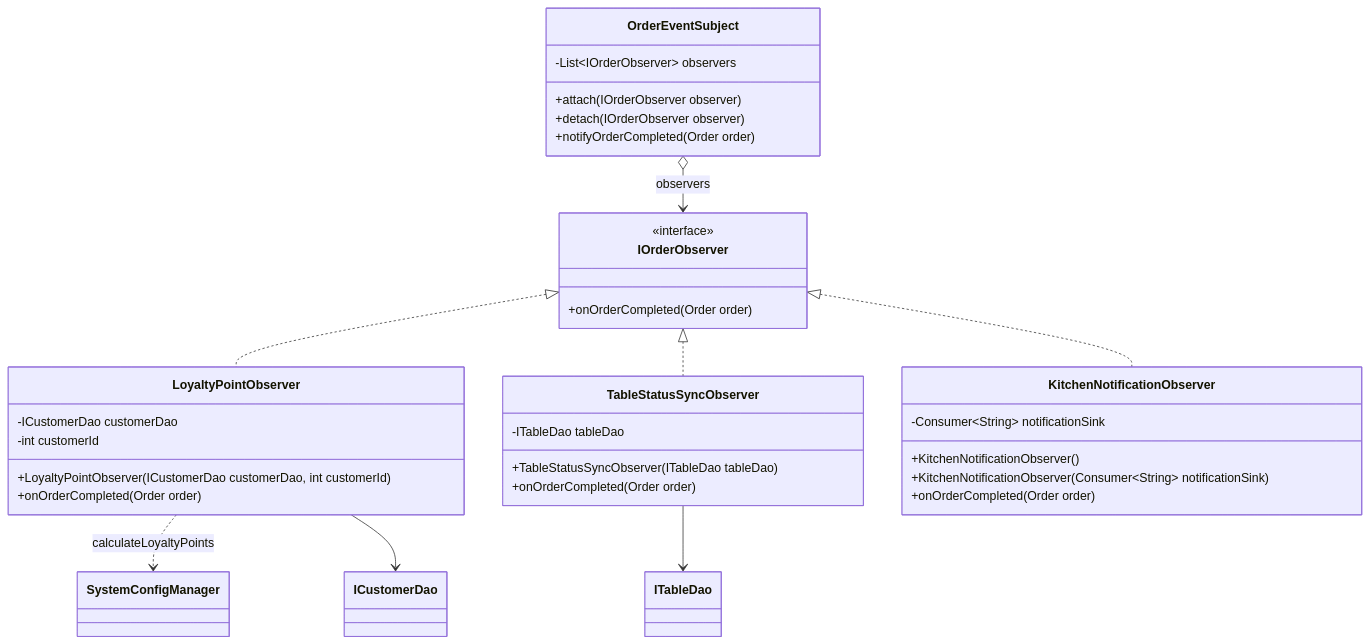
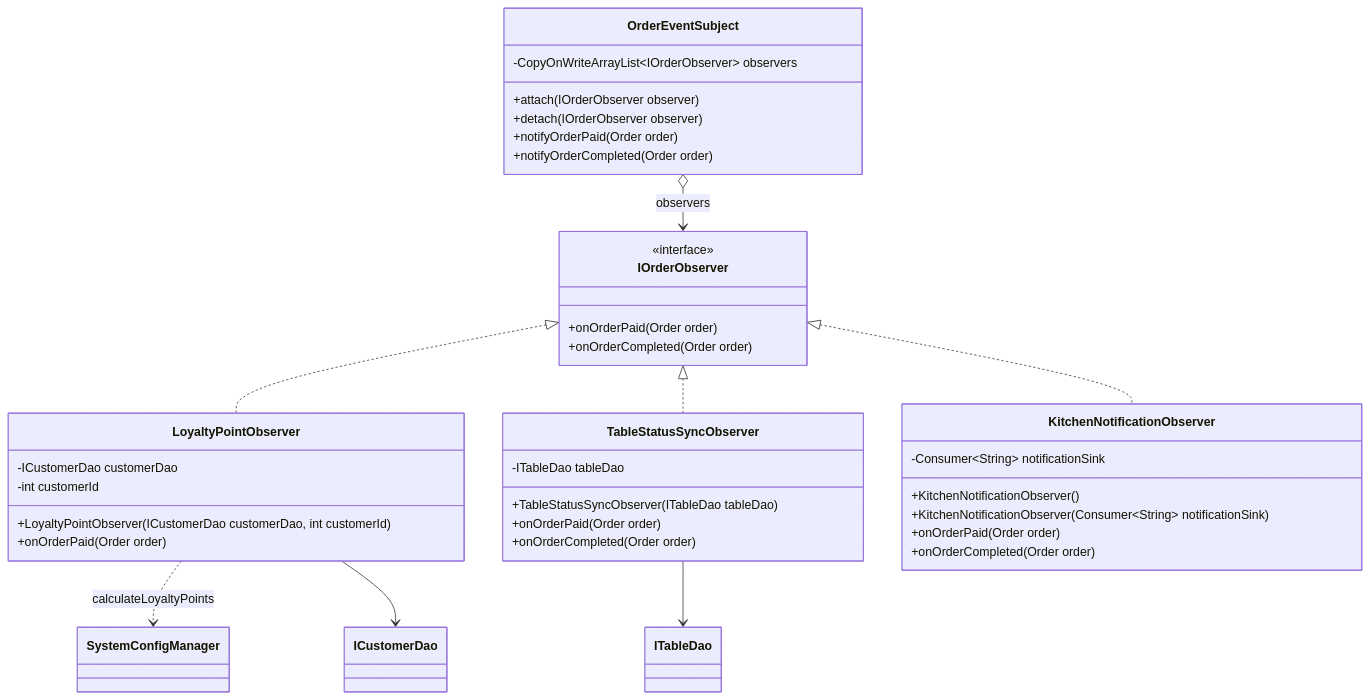
One commit to HubertPhung/WebQuanLyQuanCafe-DesignPatterns changed the ninth of 9 diagrams in docs/DESIGN_PATTERNS_SPEC.md. Above: the diagram before and after it, drawn with Mermaid. The commit also changed other lines of this file and 6 other files, not shown here.

````diff
--- a/docs/DESIGN_PATTERNS_SPEC.md
+++ b/docs/DESIGN_PATTERNS_SPEC.md
@@ -1094,42 +1095,46 @@
 ```mermaid
 classDiagram
     class OrderEventSubject {
-        -List~IOrderObserver~ observers
+        -CopyOnWriteArrayList~IOrderObserver~ observers
         +attach(IOrderObserver observer)
         +detach(IOrderObserver observer)
+        +notifyOrderPaid(Order order)
         +notifyOrderCompleted(Order order)
     }
 
     class IOrderObserver {
         <<interface>>
+        +onOrderPaid(Order order)
         +onOrderCompleted(Order order)
     }
 
     class LoyaltyPointObserver {
         -ICustomerDao customerDao
         -int customerId
         +LoyaltyPointObserver(ICustomerDao customerDao, int customerId)
-        +onOrderCompleted(Order order)
+        +onOrderPaid(Order order)
     }
 
     class TableStatusSyncObserver {
         -ITableDao tableDao
         +TableStatusSyncObserver(ITableDao tableDao)
+        +onOrderPaid(Order order)
         +onOrderCompleted(Order order)
     }
 
     class KitchenNotificationObserver {
         -Consumer~String~ notificationSink
         +KitchenNotificationObserver()
         +KitchenNotificationObserver(Consumer~String~ notificationSink)
+        +onOrderPaid(Order order)
         +onOrderCompleted(Order order)
     }
 
     OrderEventSubject o--> IOrderObserver : observers
     IOrderObserver <|.. LoyaltyPointObserver
     IOrderObserver <|.. TableStatusSyncObserver
     IOrderObserver <|.. KitchenNotificationObserver
     LoyaltyPointObserver ..> SystemConfigManager : calculateLoyaltyPoints
     LoyaltyPointObserver --> ICustomerDao
     TableStatusSyncObserver --> ITableDao
 ```
````
